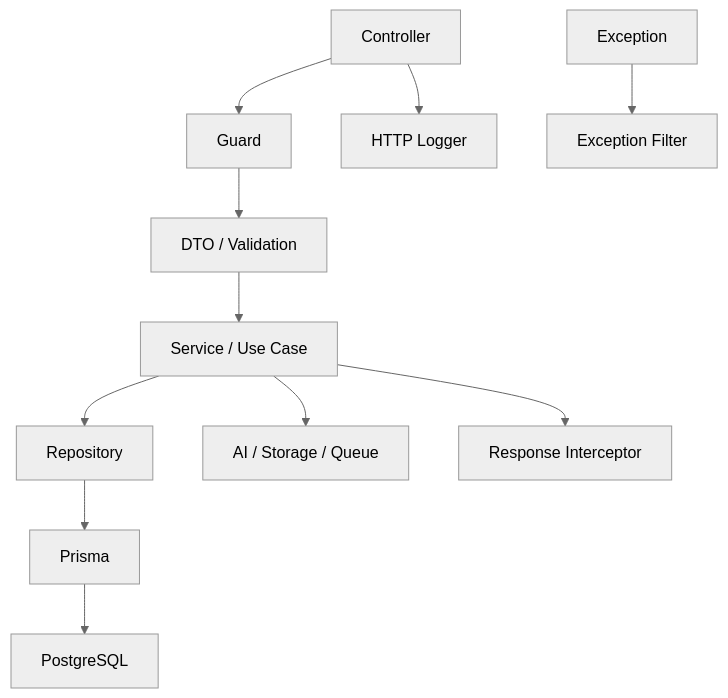
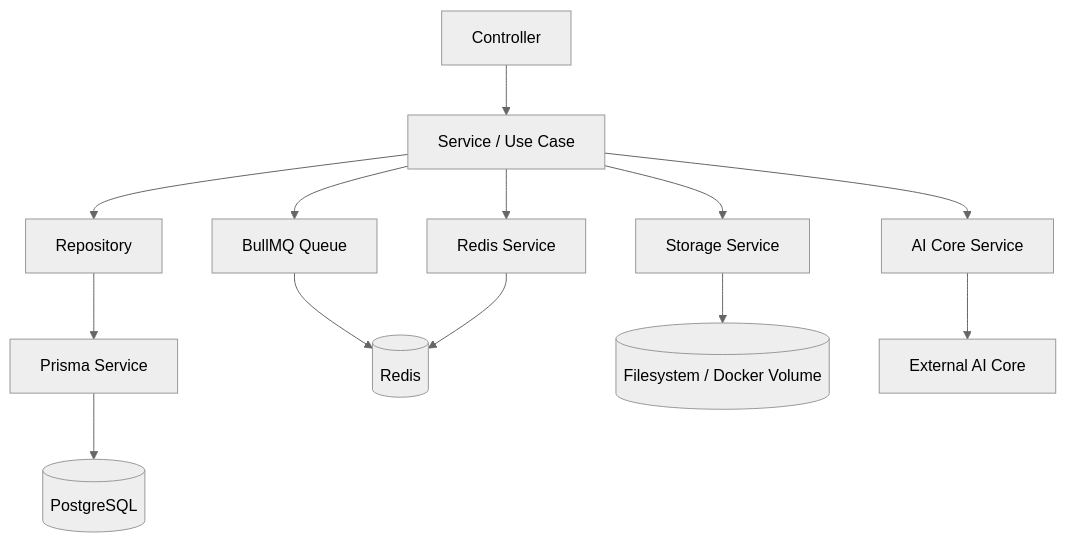
Before and after one commit to SSIT-joint-stock/identify-voice-base: the third of 12 diagrams in docs/architecture/system-architecture.md, drawn with Mermaid (neutral theme). The commit also changed other lines of this file, not shown here.

Commit message:
docs: update system architecture documentation for clarity and detail

````diff
--- a/docs/architecture/system-architecture.md
+++ b/docs/architecture/system-architecture.md
@@ -121,14 +169,18 @@
 ```mermaid
 flowchart TB
-    Controller --> Guard
-    Guard --> DTO[DTO / Validation]
-    DTO --> UseCase[Service / Use Case]
+    Controller --> UseCase[Service / Use Case]
+
     UseCase --> Repository
-    UseCase --> Integration[AI / Storage / Queue]
-    Repository --> Prisma
-    Prisma --> PostgreSQL
+    UseCase --> AIAdapter[AI Core Service]
+    UseCase --> StorageAdapter[Storage Service]
+    UseCase --> QueueAdapter[BullMQ Queue]
+    UseCase --> RedisService[Redis Service]
 
-    UseCase --> Response[Response Interceptor]
-    Error[Exception] --> Filter[Exception Filter]
-    Controller --> Logger[HTTP Logger]
+    Repository --> Prisma[Prisma Service]
+    Prisma --> PostgreSQL[(PostgreSQL)]
+
+    QueueAdapter --> Redis[(Redis)]
+    RedisService --> Redis
+    StorageAdapter --> FileSystem[(Filesystem / Docker Volume)]
+    AIAdapter --> AI[External AI Core]
 ```
````
